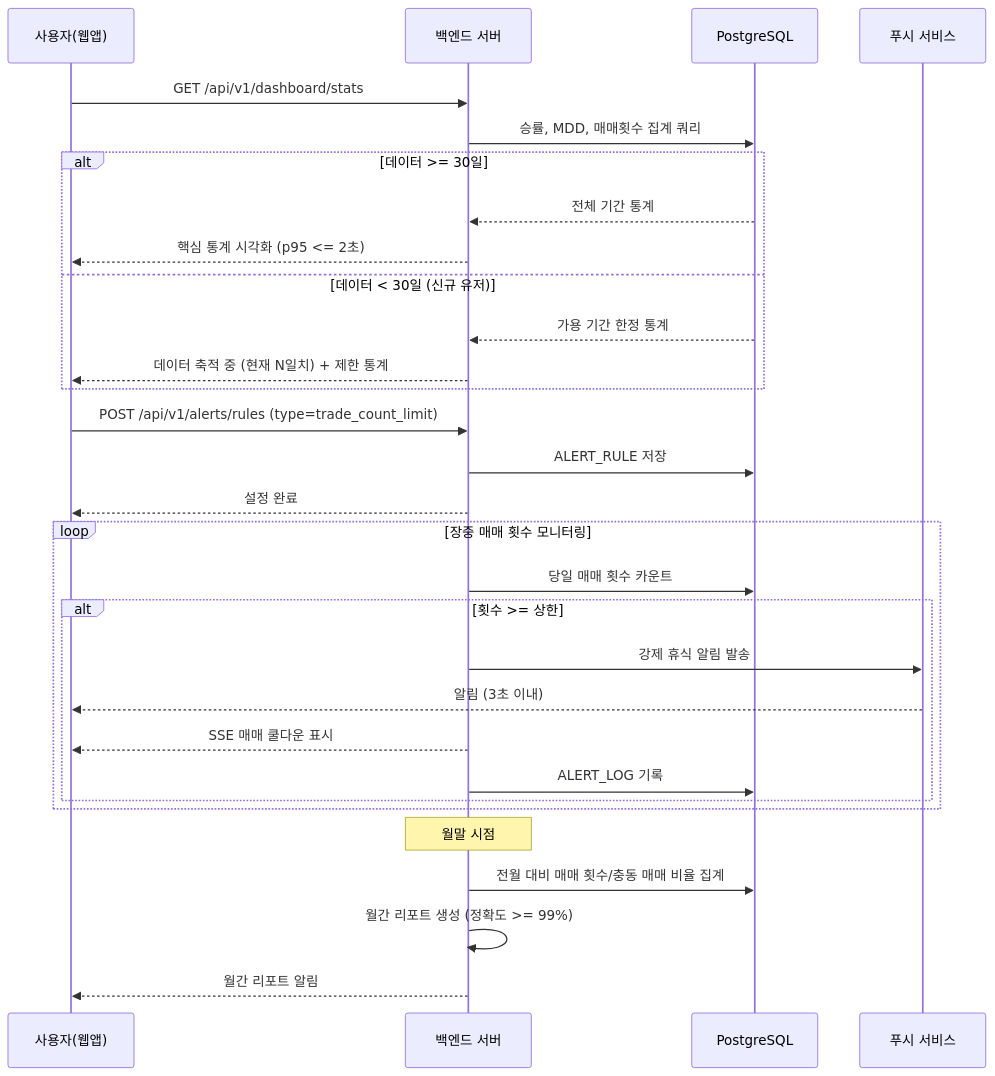
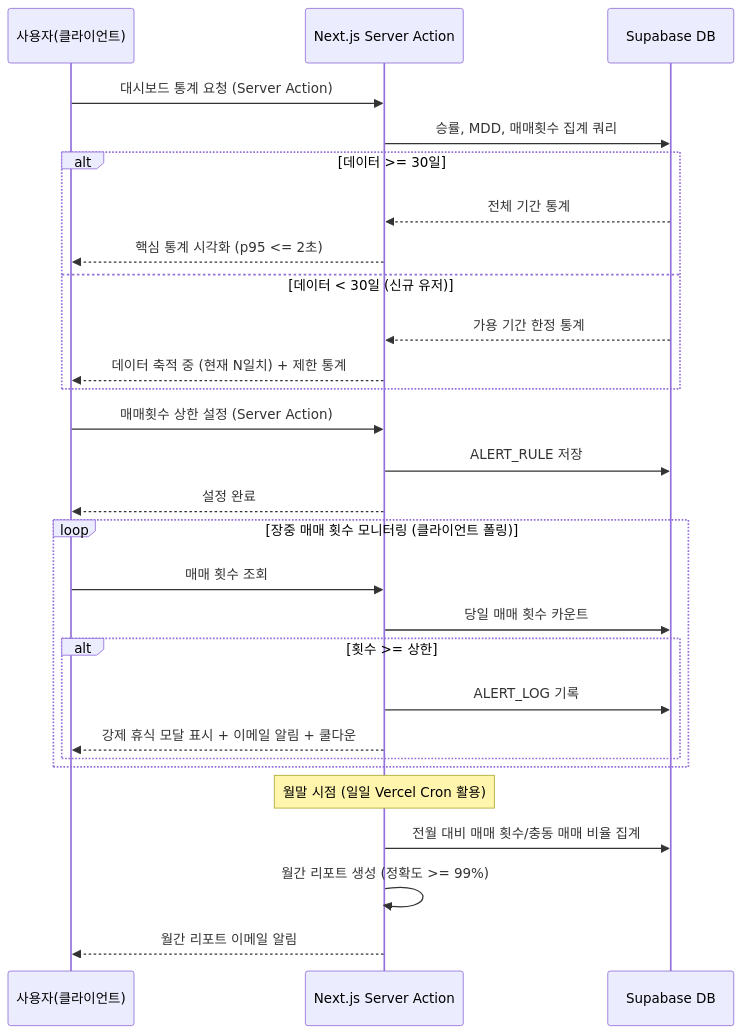
Before and after one commit to innovate5945/SRS-from-PRD-Youtuber: the eighth of 10 diagrams in SRS-Drafts/SRS_v0_1_Opus.md, drawn with Mermaid. The commit also changed other lines of this file and 5 other files, not shown here.

````diff
--- a/SRS-Drafts/SRS_v0_1_Opus.md
+++ b/SRS-Drafts/SRS_v0_1_Opus.md
@@ -848,37 +830,35 @@
 ```mermaid
 sequenceDiagram
-    participant U as 사용자(웹앱)
-    participant S as 백엔드 서버
-    participant DB as PostgreSQL
-    participant P as 푸시 서비스
+    participant U as 사용자(클라이언트)
+    participant S as Next.js Server Action
+    participant DB as Supabase DB
 
-    U->>S: GET /api/v1/dashboard/stats
+    U->>S: 대시보드 통계 요청 (Server Action)
     S->>DB: 승률, MDD, 매매횟수 집계 쿼리
     
     alt 데이터 >= 30일
         DB-->>S: 전체 기간 통계
         S-->>U: 핵심 통계 시각화 (p95 <= 2초)
     else 데이터 < 30일 (신규 유저)
         DB-->>S: 가용 기간 한정 통계
         S-->>U: 데이터 축적 중 (현재 N일치) + 제한 통계
     end
 
-    U->>S: POST /api/v1/alerts/rules (type=trade_count_limit)
+    U->>S: 매매횟수 상한 설정 (Server Action)
     S->>DB: ALERT_RULE 저장
     S-->>U: 설정 완료
 
-    loop 장중 매매 횟수 모니터링
+    loop 장중 매매 횟수 모니터링 (클라이언트 폴링)
+        U->>S: 매매 횟수 조회
         S->>DB: 당일 매매 횟수 카운트
         alt 횟수 >= 상한
-            S->>P: 강제 휴식 알림 발송
-            P-->>U: 알림 (3초 이내)
-            S-->>U: SSE 매매 쿨다운 표시
             S->>DB: ALERT_LOG 기록
+            S-->>U: 강제 휴식 모달 표시 + 이메일 알림 + 쿨다운
         end
     end
 
-    Note over S: 월말 시점
+    Note over S: 월말 시점 (일일 Vercel Cron 활용)
     S->>DB: 전월 대비 매매 횟수/충동 매매 비율 집계
     S->>S: 월간 리포트 생성 (정확도 >= 99%)
-    S-->>U: 월간 리포트 알림
+    S-->>U: 월간 리포트 이메일 알림
 ```
````
